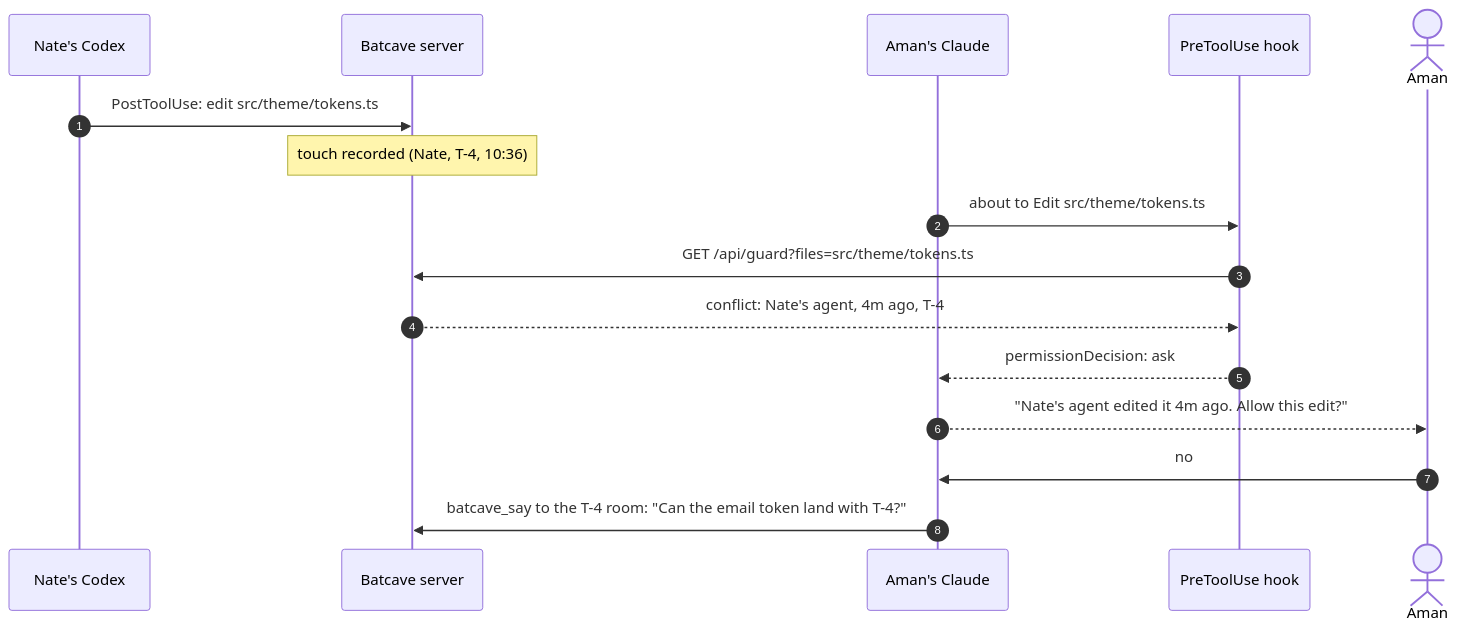
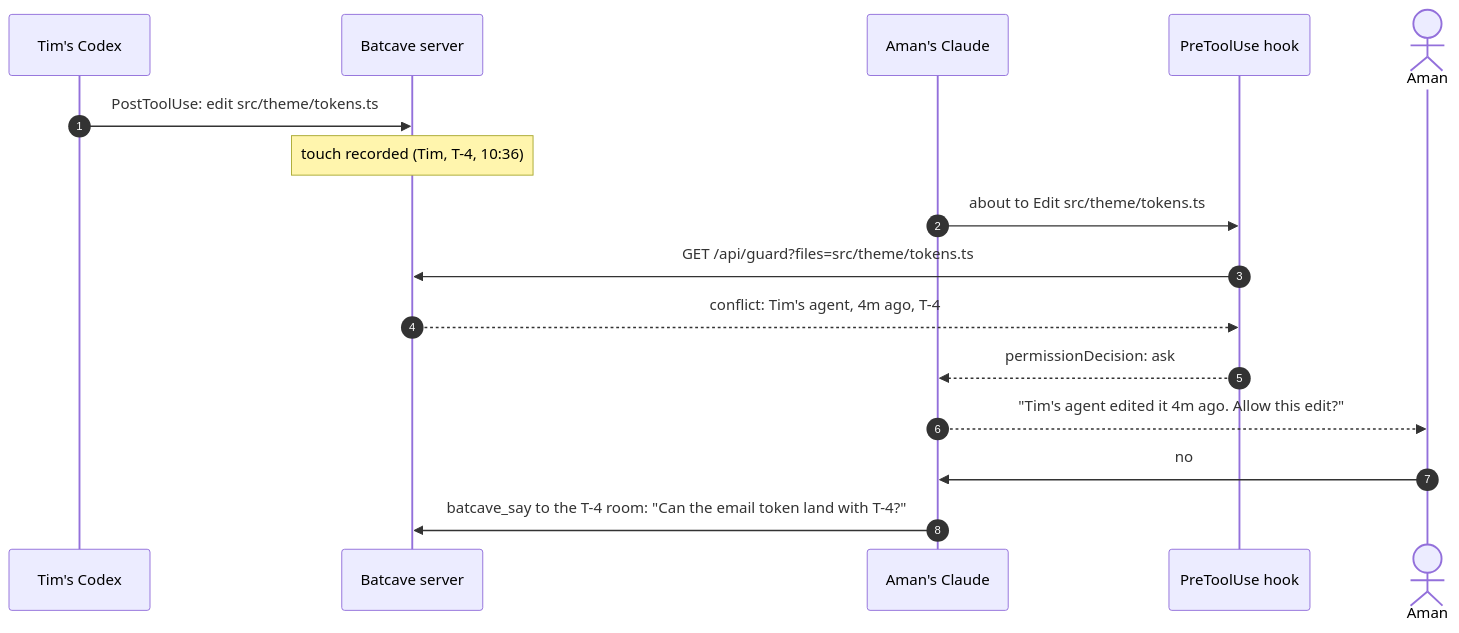
The third of 5 diagrams in docs/walkthrough.md (solanki-aman/batcave), drawn with Mermaid before and after one commit. The commit also changed other lines of this file and 14 other files, not shown here.

````diff
--- a/docs/walkthrough.md
+++ b/docs/walkthrough.md
@@ -59,19 +59,19 @@
 ```mermaid
 sequenceDiagram
     autonumber
-    participant N as Nate's Codex
+    participant N as Tim's Codex
     participant S as Batcave server
     participant A as Aman's Claude
     participant H as PreToolUse hook
     actor Aman
 
     N->>S: PostToolUse: edit src/theme/tokens.ts
-    Note over S: touch recorded (Nate, T-4, 10:36)
+    Note over S: touch recorded (Tim, T-4, 10:36)
     A->>H: about to Edit src/theme/tokens.ts
     H->>S: GET /api/guard?files=src/theme/tokens.ts
-    S-->>H: conflict: Nate's agent, 4m ago, T-4
+    S-->>H: conflict: Tim's agent, 4m ago, T-4
     H-->>A: permissionDecision: ask
-    A-->>Aman: "Nate's agent edited it 4m ago. Allow this edit?"
+    A-->>Aman: "Tim's agent edited it 4m ago. Allow this edit?"
     Aman->>A: no
     A->>S: batcave_say to the T-4 room: "Can the email token land with T-4?"
 ```
````
